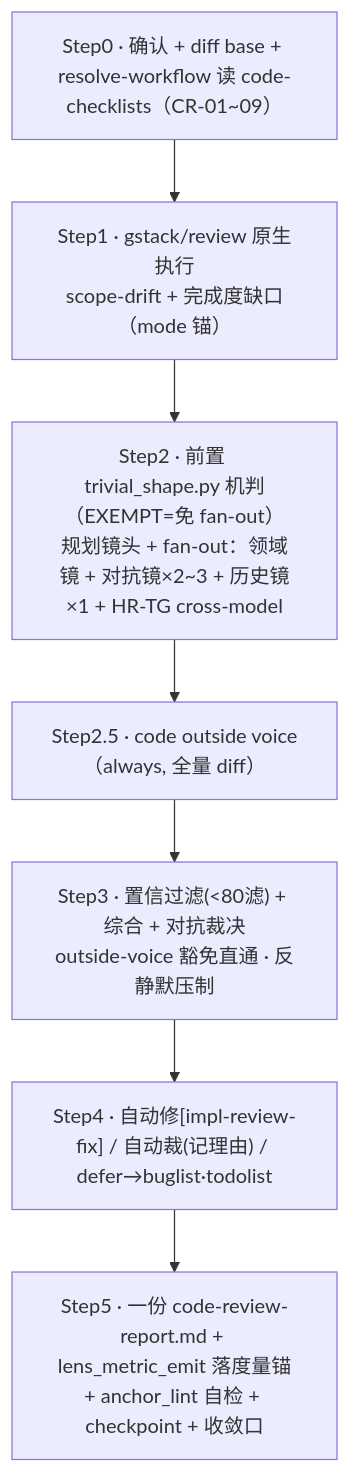
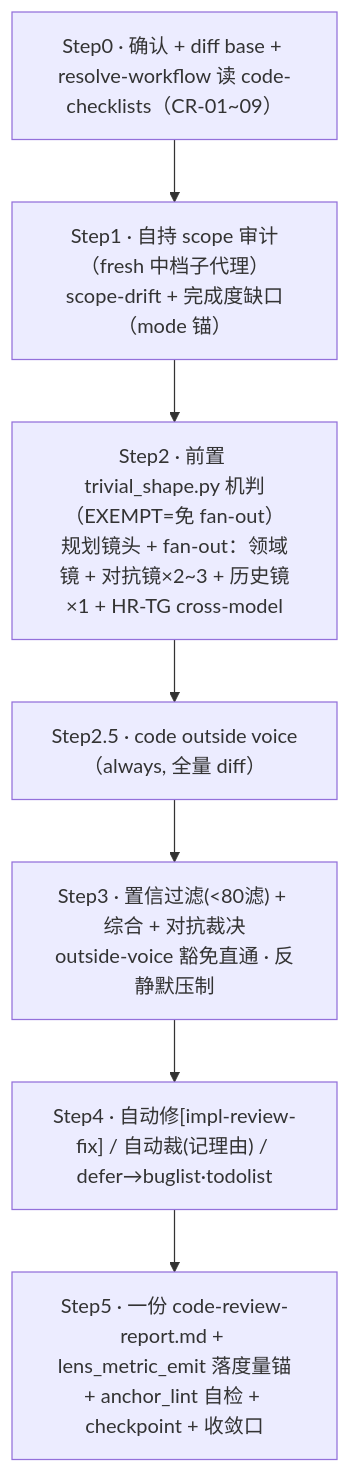
One commit to laodao-ai/sdflow-skills changed the second of 2 diagrams in docs/workflow-skills/sdflow-code-review.md. Above: the diagram before and after it, drawn with Mermaid. The commit also changed other lines of this file and 11 other files, not shown here.

First line of the commit message:
impl(absorb-gstack-review): docs 与提示词同步新提法

````diff
--- a/docs/workflow-skills/sdflow-code-review.md
+++ b/docs/workflow-skills/sdflow-code-review.md
@@ -47,11 +47,11 @@
 ```mermaid
 flowchart TD
     S0["Step0 · 确认 + diff base + resolve-workflow 读 code-checklists（CR-01~09）"]
-    S1["Step1 · gstack/review 原生执行<br/>scope-drift + 完成度缺口（mode 锚）"]
+    S1["Step1 · 自持 scope 审计（fresh 中档子代理）<br/>scope-drift + 完成度缺口（mode 锚）"]
     S2["Step2 · 前置 trivial_shape.py 机判（EXEMPT=免 fan-out）<br/>规划镜头 + fan-out：领域镜 + 对抗镜×2~3 + 历史镜×1 + HR-TG cross-model"]
     S25["Step2.5 · code outside voice（always, 全量 diff）"]
     S3["Step3 · 置信过滤(<80滤) + 综合 + 对抗裁决<br/>outside-voice 豁免直通 · 反静默压制"]
     S4["Step4 · 自动修[impl-review-fix] / 自动裁(记理由) / defer→buglist·todolist"]
     S5["Step5 · 一份 code-review-report.md + lens_metric_emit 落度量锚<br/>+ anchor_lint 自检 + checkpoint + 收敛口"]
     S0 --> S1 --> S2 --> S25 --> S3 --> S4 --> S5
 ```
````
